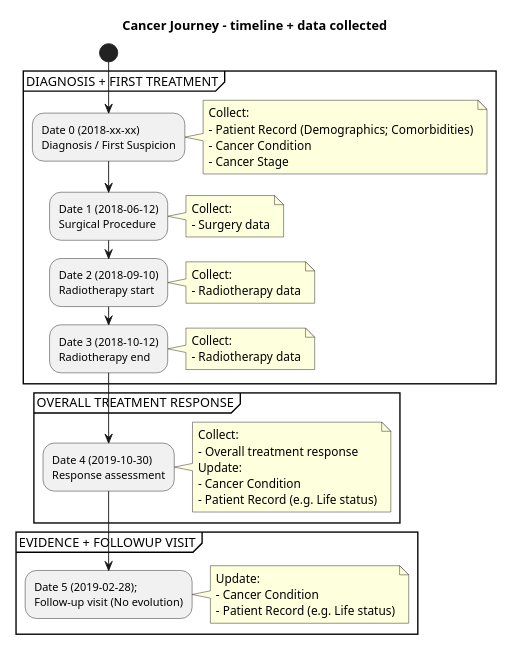
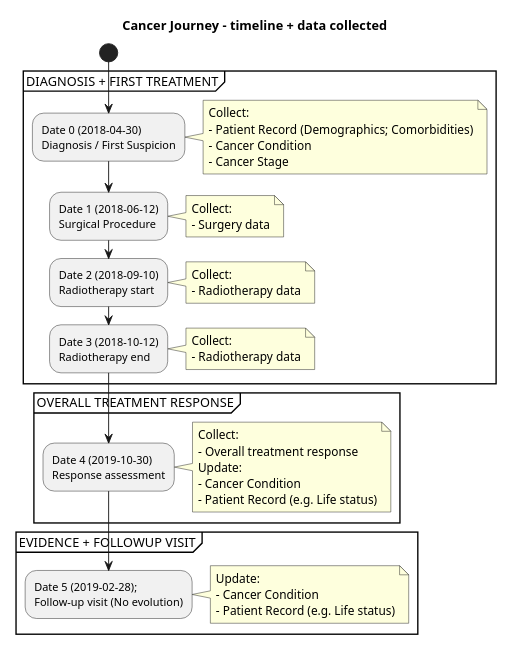
Before and after one commit to hl7-eu/cancer-common: the diagram in input/images-source/CancerJourneyData1.plantuml, drawn with PlantUML. The commit also changed 17 other files, not shown here.

```diff
--- a/input/images-source/CancerJourneyData1.plantuml
+++ b/input/images-source/CancerJourneyData1.plantuml
@@ -1,56 +1,56 @@
 @startuml
 
 scale 0.6
 
 title Cancer Journey – timeline + data collected
 
 start
 partition "DIAGNOSIS + FIRST TREATMENT" {
-  :Date 0 (2018-xx-xx)\nDiagnosis / First Suspicion;
+  :Date 0 (2018-04-30)\nDiagnosis / First Suspicion;
   note right
     Collect:
     - Patient Record (Demographics; Comorbidities)
     - Cancer Condition
     - Cancer Stage
   end note
 
   :Date 1 (2018-06-12)\nSurgical Procedure;
   note right
     Collect:
     - Surgery data
   end note
 
   :Date 2 (2018-09-10)\nRadiotherapy start;
   note right
     Collect:
     - Radiotherapy data
   end note
 
   :Date 3 (2018-10-12)\nRadiotherapy end;
   note right
     Collect:
     - Radiotherapy data
   end note
 }
 
 partition "OVERALL TREATMENT RESPONSE" {
   :Date 4 (2019-10-30)\nResponse assessment;
   note right
     Collect:
     - Overall treatment response
     Update:
     - Cancer Condition
     - Patient Record (e.g. Life status)
   end note
 }
 
 partition "EVIDENCE + FOLLOWUP VISIT" {
   :Date 5 (2019-02-28);\nFollow-up visit (No evolution);
     note right
     Update:
     - Cancer Condition
     - Patient Record (e.g. Life status)
   end note
 }
 
 @enduml
```
